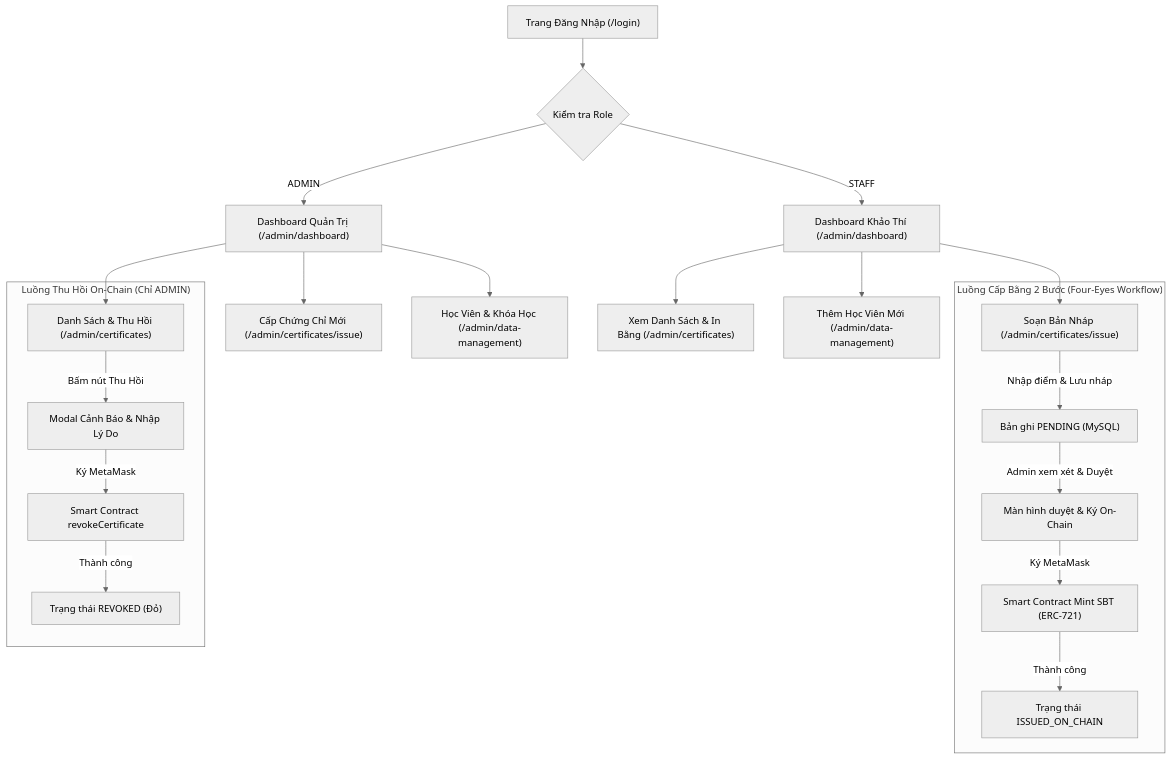
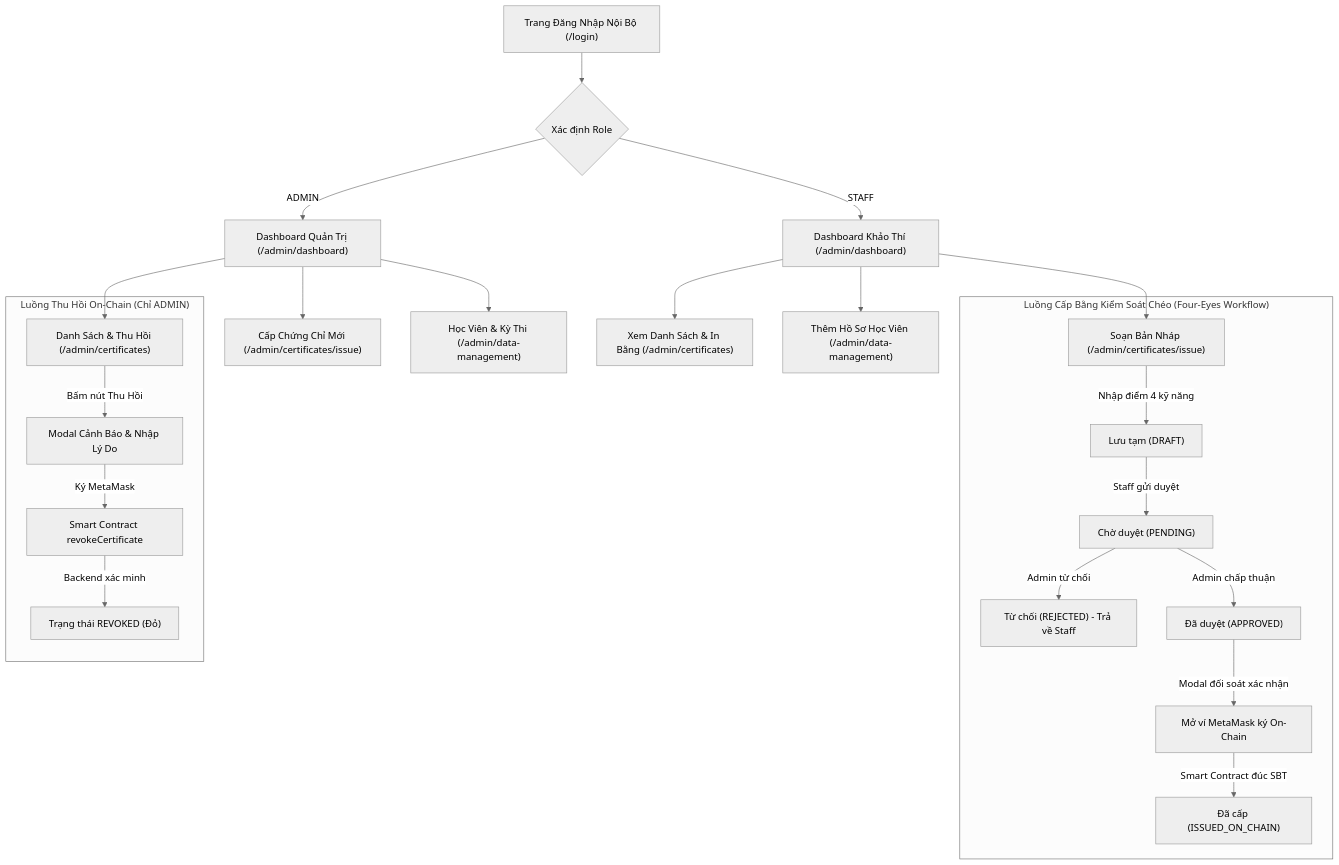
One commit to minhkhoanguyen0106-png/blockchain-english-certificates changed the diagram in docs/GIAO_DIEN_VA_LUONG_ADMIN.md. Above: the diagram before and after it, drawn with Mermaid (neutral theme). The commit also changed other lines of this file and 5 other files, not shown here.

Commit message:
feat(ui): update admin issue cert workflow, enforce four-eyes readOnly, and update UI spec doc

````diff
--- a/docs/GIAO_DIEN_VA_LUONG_ADMIN.md
+++ b/docs/GIAO_DIEN_VA_LUONG_ADMIN.md
@@ -60,28 +63,30 @@
 ```mermaid
 flowchart TD
-    Login["Trang Đăng Nhập (/login)"] --> CheckRole{"Kiểm tra Role"}
+    Login["Trang Đăng Nhập Nội Bộ (/login)"] --> CheckRole{"Xác định Role"}
     
     CheckRole -->|ADMIN| AdminHome["Dashboard Quản Trị (/admin/dashboard)"]
     CheckRole -->|STAFF| StaffHome["Dashboard Khảo Thí (/admin/dashboard)"]
     
     AdminHome --> NavIssue["Cấp Chứng Chỉ Mới (/admin/certificates/issue)"]
     AdminHome --> NavList["Danh Sách & Thu Hồi (/admin/certificates)"]
-    AdminHome --> NavData["Học Viên & Khóa Học (/admin/data-management)"]
+    AdminHome --> NavData["Học Viên & Kỳ Thi (/admin/data-management)"]
     
     StaffHome --> StaffIssue["Soạn Bản Nháp (/admin/certificates/issue)"]
     StaffHome --> StaffList["Xem Danh Sách & In Bằng (/admin/certificates)"]
-    StaffHome --> StaffData["Thêm Học Viên Mới (/admin/data-management)"]
+    StaffHome --> StaffData["Thêm Hồ Sơ Học Viên (/admin/data-management)"]
 
-    subgraph LuongCapBang ["Luồng Cấp Bằng 2 Bước (Four-Eyes Workflow)"]
-        StaffIssue -->|Nhập điểm & Lưu nháp| DB_Pending["Bản ghi PENDING (MySQL)"]
-        DB_Pending -->|Admin xem xét & Duyệt| AdminIssue["Màn hình duyệt & Ký On-Chain"]
-        AdminIssue -->|Ký MetaMask| Chain_Mint["Smart Contract Mint SBT (ERC-721)"]
-        Chain_Mint -->|Thành công| DB_Issued["Trạng thái ISSUED_ON_CHAIN"]
+    subgraph LuongCapBang ["Luồng Cấp Bằng Kiểm Soát Chéo (Four-Eyes Workflow)"]
+        StaffIssue -->|Nhập điểm 4 kỹ năng| DraftState["Lưu tạm (DRAFT)"]
+        DraftState -->|Staff gửi duyệt| PendingState["Chờ duyệt (PENDING)"]
+        PendingState -->|Admin từ chối| RejectedState["Từ chối (REJECTED) - Trả về Staff"]
+        PendingState -->|Admin chấp thuận| ApprovedState["Đã duyệt (APPROVED)"]
+        ApprovedState -->|Modal đối soát xác nhận| SignMetaMask["Mở ví MetaMask ký On-Chain"]
+        SignMetaMask -->|Smart Contract đúc SBT| IssuedState["Đã cấp (ISSUED_ON_CHAIN)"]
     end
 
     subgraph LuongThuHoi ["Luồng Thu Hồi On-Chain (Chỉ ADMIN)"]
         NavList -->|Bấm nút Thu Hồi| RevokeModal["Modal Cảnh Báo & Nhập Lý Do"]
         RevokeModal -->|Ký MetaMask| Chain_Revoke["Smart Contract revokeCertificate"]
-        Chain_Revoke -->|Thành công| DB_Revoked["Trạng thái REVOKED (Đỏ)"]
+        Chain_Revoke -->|Backend xác minh| DB_Revoked["Trạng thái REVOKED (Đỏ)"]
     end
 ```
````
